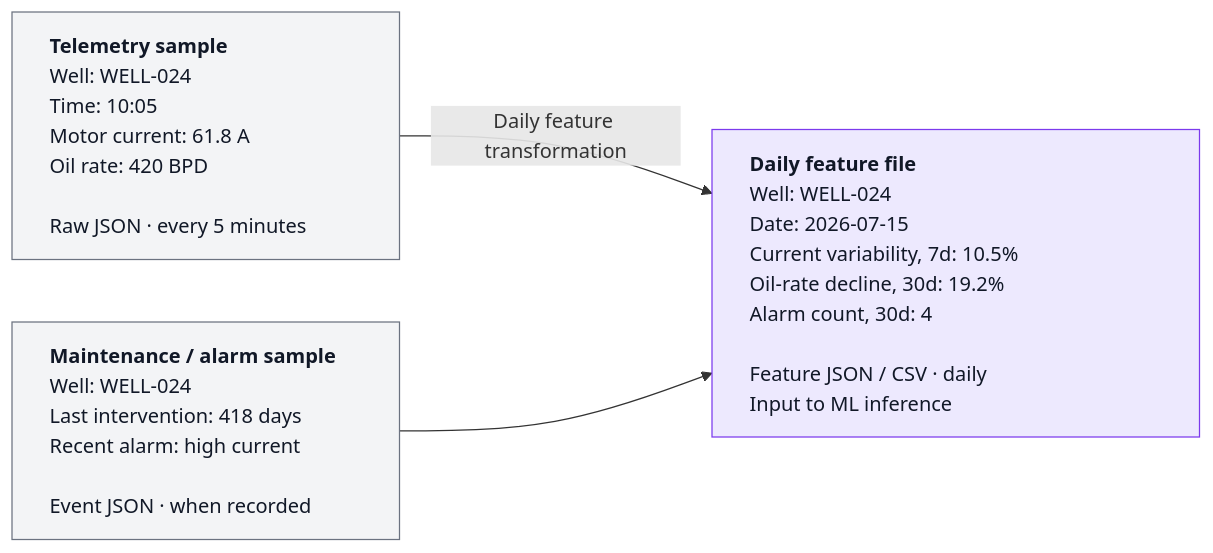
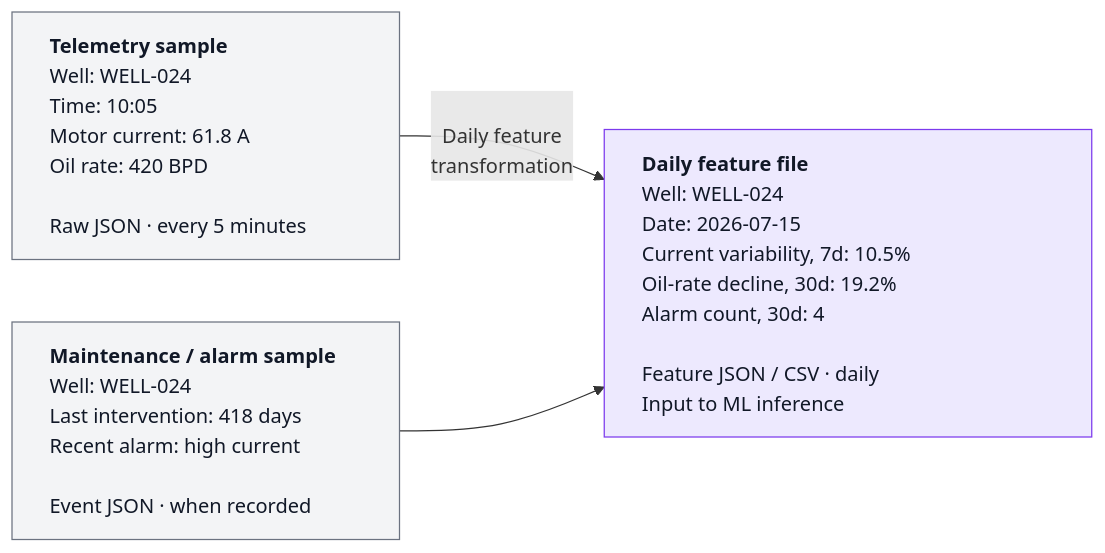
Before and after one commit to fmlin0429712024/industrial-operations-ai-poc: the second of 2 diagrams in README.md, drawn with Mermaid.

Commit message:
Position feature transformation label between inputs

````diff
--- a/README.md
+++ b/README.md
@@ -40,10 +40,10 @@
 ```mermaid
 flowchart LR
-    A["<div style='width:250px;text-align:left'><b>Telemetry sample</b><br/>Well: WELL-024<br/>Time: 10:05<br/>Motor current: 61.8 A<br/>Oil rate: 420 BPD<br/><br/>Raw JSON · every 5 minutes</div>"] -->|"Daily feature transformation"| C["<div style='width:330px;text-align:left'><b>Daily feature file</b><br/>Well: WELL-024<br/>Date: 2026-07-15<br/>Current variability, 7d: 10.5%<br/>Oil-rate decline, 30d: 19.2%<br/>Alarm count, 30d: 4<br/><br/>Feature JSON / CSV · daily<br/>Input to ML inference</div>"]
+    A["<div style='width:250px;text-align:left'><b>Telemetry sample</b><br/>Well: WELL-024<br/>Time: 10:05<br/>Motor current: 61.8 A<br/>Oil rate: 420 BPD<br/><br/>Raw JSON · every 5 minutes</div>"] -->|"<br/>Daily feature<br/>transformation"| C["<div style='width:330px;text-align:left'><b>Daily feature file</b><br/>Well: WELL-024<br/>Date: 2026-07-15<br/>Current variability, 7d: 10.5%<br/>Oil-rate decline, 30d: 19.2%<br/>Alarm count, 30d: 4<br/><br/>Feature JSON / CSV · daily<br/>Input to ML inference</div>"]
     M["<div style='width:250px;text-align:left'><b>Maintenance / alarm sample</b><br/>Well: WELL-024<br/>Last intervention: 418 days<br/>Recent alarm: high current<br/><br/>Event JSON · when recorded</div>"] --> C
 
     classDef source fill:#f3f4f6,stroke:#6b7280,color:#111827;
     classDef feature fill:#ede9fe,stroke:#7c3aed,color:#111827;
     class A,M source;
     class C feature;
 ```
````
